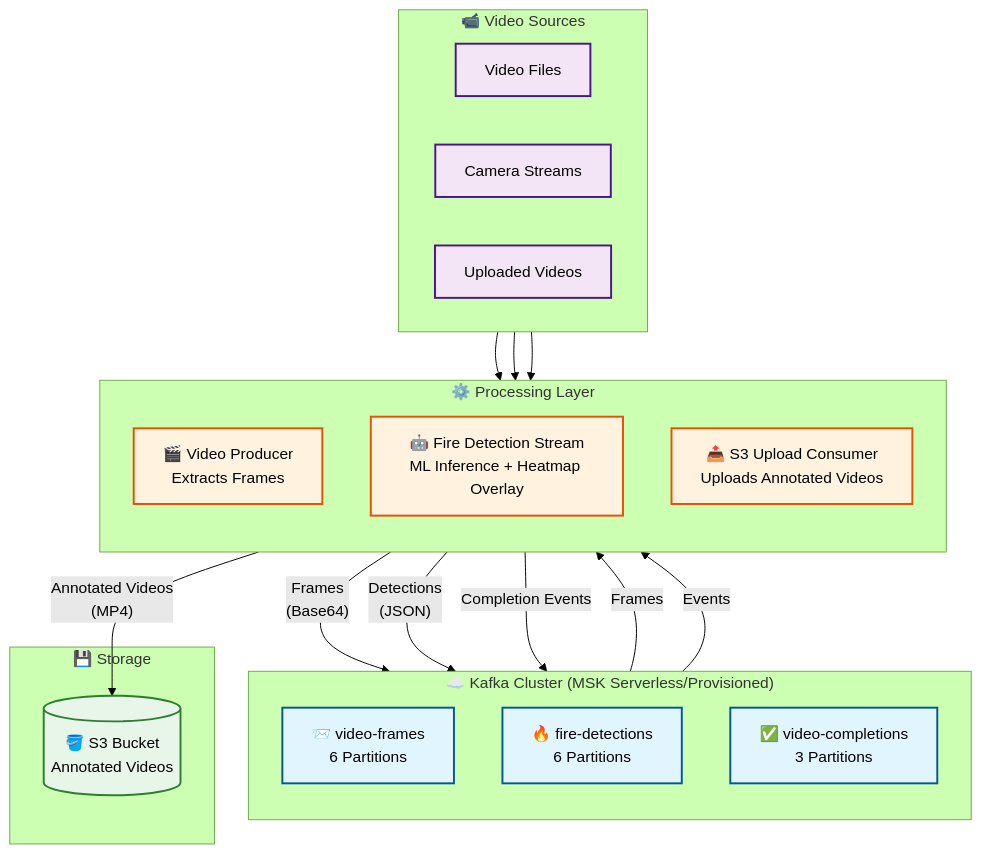
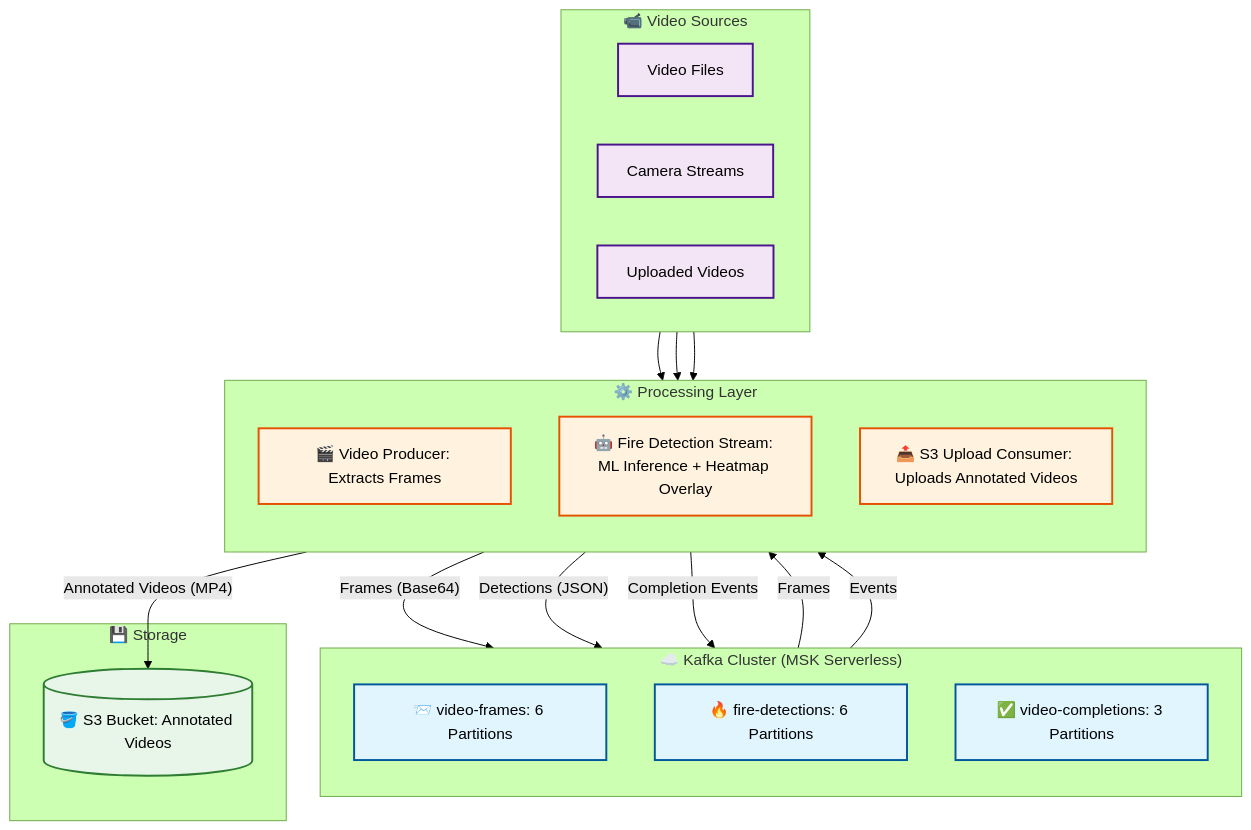
The first of 8 diagrams in docs/ARCHITECTURE_DIAGRAM.md (raghuselvaraj/FireWatch), drawn with Mermaid (forest theme) before and after one commit. The commit also changed other lines of this file and 4 other files, not shown here.

````diff
--- a/docs/ARCHITECTURE_DIAGRAM.md
+++ b/docs/ARCHITECTURE_DIAGRAM.md
@@ -9,59 +9,59 @@
 ```mermaid
 flowchart TB
     subgraph Sources["📹 Video Sources"]
         direction LR
         V1[Video Files]
         V2[Camera Streams]
         V3[Uploaded Videos]
     end
 
-    subgraph Kafka["☁️ Kafka Cluster (MSK Serverless/Provisioned)"]
+    subgraph Kafka["☁️ Kafka Cluster (MSK Serverless)"]
         direction TB
-        K1["📨 video-frames<br/>6 Partitions"]
-        K2["🔥 fire-detections<br/>6 Partitions"]
-        K3["✅ video-completions<br/>3 Partitions"]
+        K1["📨 video-frames: 6 Partitions"]
+        K2["🔥 fire-detections: 6 Partitions"]
+        K3["✅ video-completions: 3 Partitions"]
     end
 
     subgraph Processing["⚙️ Processing Layer"]
         direction TB
-        P["🎬 Video Producer<br/>Extracts Frames"]
-        S["🤖 Fire Detection Stream<br/>ML Inference + Heatmap Overlay"]
-        C["📤 S3 Upload Consumer<br/>Uploads Annotated Videos"]
+        P["🎬 Video Producer: Extracts Frames"]
+        S["🤖 Fire Detection Stream: ML Inference + Heatmap Overlay"]
+        C["📤 S3 Upload Consumer: Uploads Annotated Videos"]
     end
 
     subgraph Storage["💾 Storage"]
-        S3[("🪣 S3 Bucket<br/>Annotated Videos")]
+        S3[("🪣 S3 Bucket: Annotated Videos")]
     end
 
     %% Video Sources to Producer
     V1 --> P
     V2 --> P
     V3 --> P
 
     %% Producer to Kafka
-    P -->|"Frames<br/>(Base64)"| K1
+    P -->|"Frames (Base64)"| K1
 
     %% Kafka to Stream Processor
     K1 -->|"Frames"| S
 
     %% Stream Processor to Kafka
-    S -->|"Detections<br/>(JSON)"| K2
+    S -->|"Detections (JSON)"| K2
     S -->|"Completion Events"| K3
 
     %% Kafka to Consumer
     K3 -->|"Events"| C
 
     %% Consumer to Storage
-    C -->|"Annotated Videos<br/>(MP4)"| S3
+    C -->|"Annotated Videos (MP4)"| S3
 
     %% Styling
     classDef kafkaTopic fill:#e1f5ff,stroke:#01579b,stroke-width:2px,color:#000
     classDef processor fill:#fff3e0,stroke:#e65100,stroke-width:2px,color:#000
     classDef storage fill:#e8f5e9,stroke:#2e7d32,stroke-width:2px,color:#000
     classDef source fill:#f3e5f5,stroke:#4a148c,stroke-width:2px,color:#000
 
     class K1,K2,K3 kafkaTopic
     class P,S,C processor
     class S3 storage
     class V1,V2,V3 source
 ```
````
